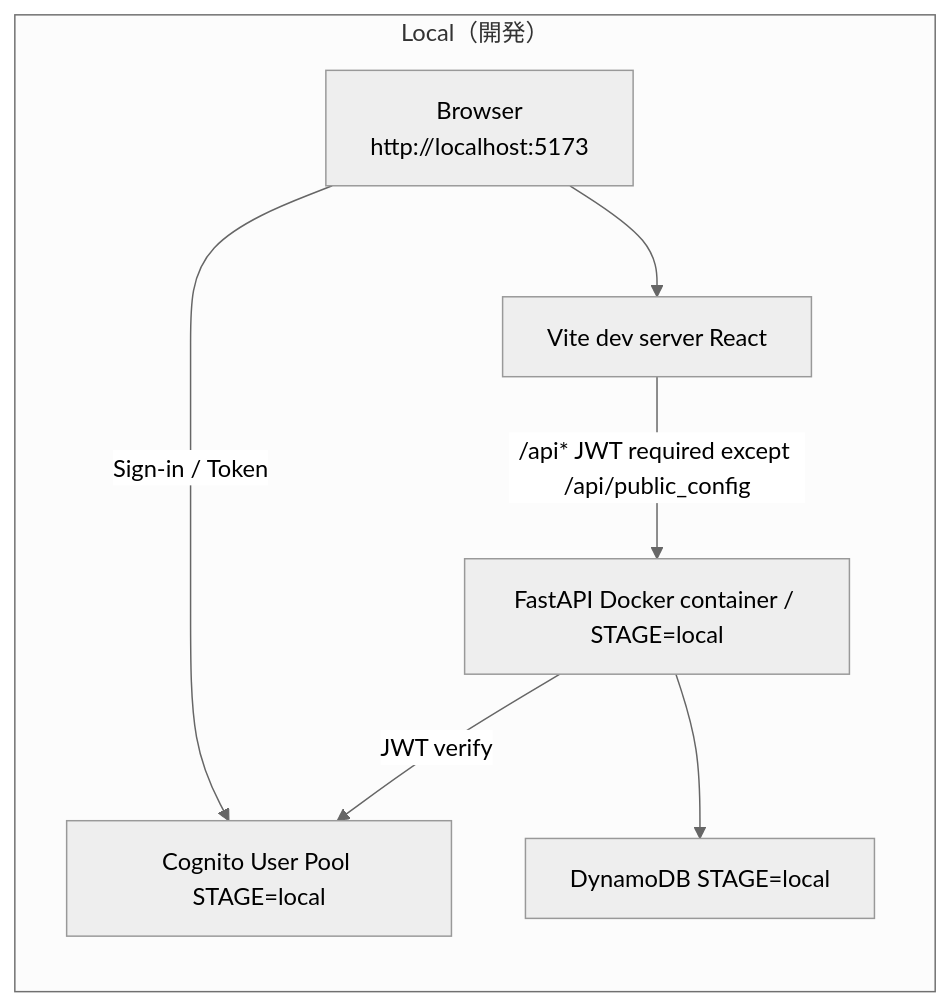
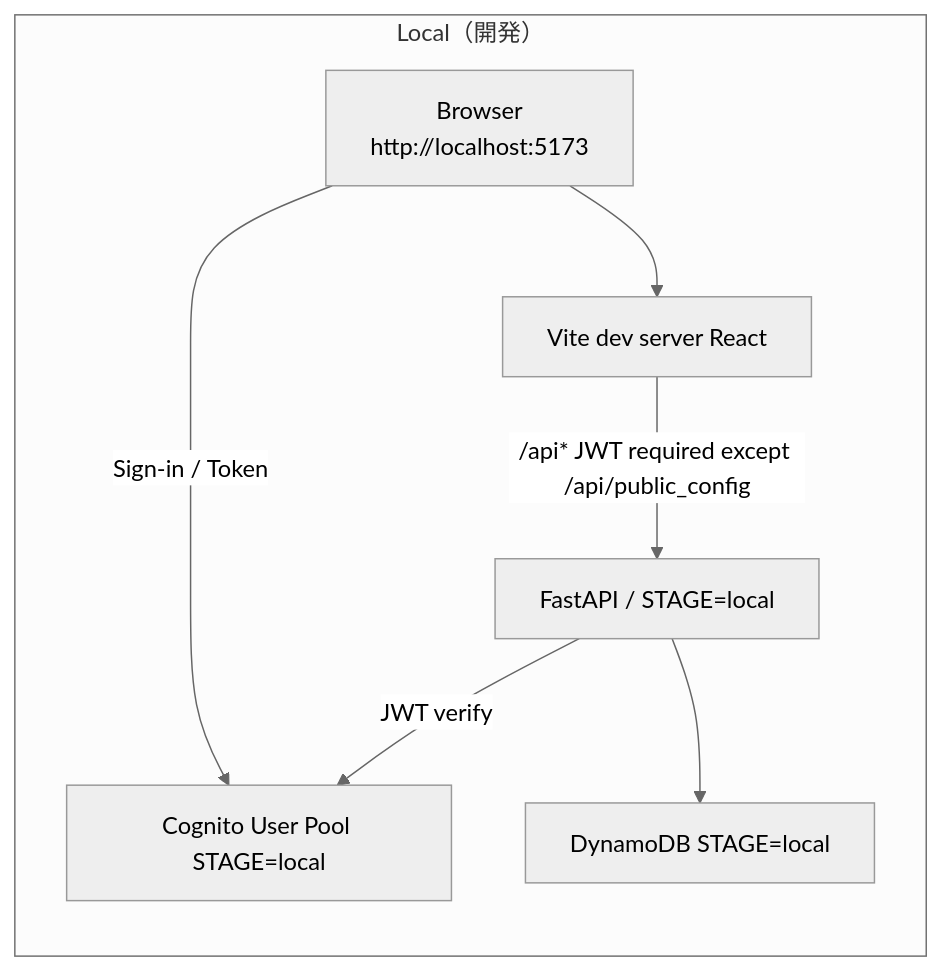
One commit to satoshi999/aws-minimal-serverless-template changed the first of 2 diagrams in README.md. Above: the diagram before and after it, drawn with Mermaid (neutral theme).

Commit message:
Update FastAPI reference in README.md

````diff
--- a/README.md
+++ b/README.md
@@ -120,12 +120,12 @@
 ```mermaid
 flowchart LR
   subgraph Local[Local（開発）]
     B[Browser<br/>http://localhost:5173] --> V[Vite dev server React]
-    V -->|/api* JWT required except /api/public_config| A[FastAPI Docker container / STAGE=local]
+    V -->|/api* JWT required except /api/public_config| A[FastAPI / STAGE=local]
 
     B -->|Sign-in / Token| C[Cognito User Pool STAGE=local]
     A -->|JWT verify| C
 
     A --> D[DynamoDB STAGE=local]
   end
 ```
````
